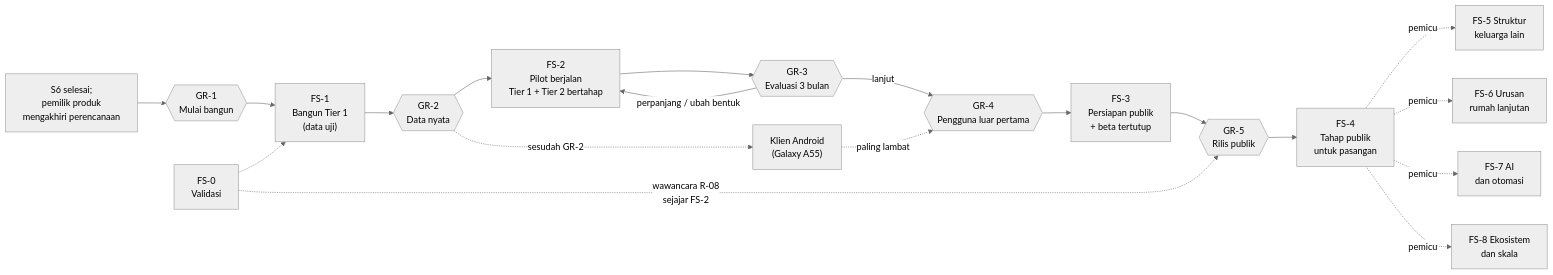
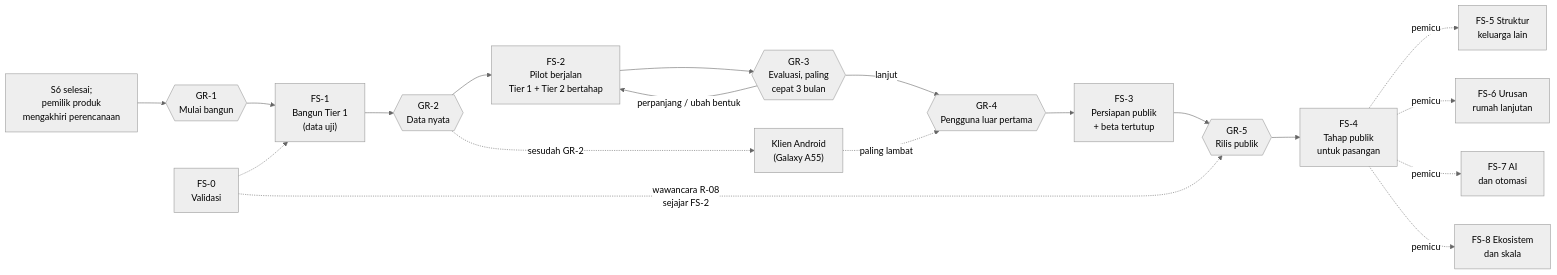
Before and after one commit to abiyanzimran/casa: the first of 2 diagrams in docs/13-product-roadmap.md, drawn with Mermaid (neutral theme). The commit also changed other lines of this file and 25 other files, not shown here.

````diff
--- a/docs/13-product-roadmap.md
+++ b/docs/13-product-roadmap.md
@@ -46,21 +46,21 @@
 ```mermaid
 flowchart LR
     S6["S6 selesai;<br/>pemilik produk<br/>mengakhiri perencanaan"] --> GR1{{"GR-1<br/>Mulai bangun"}}
     GR1 --> FS1["FS-1<br/>Bangun Tier 1<br/>(data uji)"]
     FS0["FS-0<br/>Validasi"] -.-> FS1
     FS1 --> GR2{{"GR-2<br/>Data nyata"}}
     GR2 --> FS2["FS-2<br/>Pilot berjalan<br/>Tier 1 + Tier 2 bertahap"]
     GR2 -. "sesudah GR-2" .-> AND["Klien Android<br/>(Galaxy A55)"]
     AND -. "paling lambat" .-> GR4
     FS0 -. "wawancara R-08<br/>sejajar FS-2" .-> GR5
-    FS2 --> GR3{{"GR-3<br/>Evaluasi 3 bulan"}}
+    FS2 --> GR3{{"GR-3<br/>Evaluasi, paling<br/>cepat 3 bulan"}}
     GR3 -- "perpanjang / ubah bentuk" --> FS2
     GR3 -- "lanjut" --> GR4{{"GR-4<br/>Pengguna luar pertama"}}
     GR4 --> FS3["FS-3<br/>Persiapan publik<br/>+ beta tertutup"]
     FS3 --> GR5{{"GR-5<br/>Rilis publik"}}
     GR5 --> FS4["FS-4<br/>Tahap publik<br/>untuk pasangan"]
     FS4 -. "pemicu" .-> FS5["FS-5 Struktur<br/>keluarga lain"]
     FS4 -. "pemicu" .-> FS6["FS-6 Urusan<br/>rumah lanjutan"]
     FS4 -. "pemicu" .-> FS7["FS-7 AI<br/>dan otomasi"]
     FS4 -. "pemicu" .-> FS8["FS-8 Ekosistem<br/>dan skala"]
 ```
````
